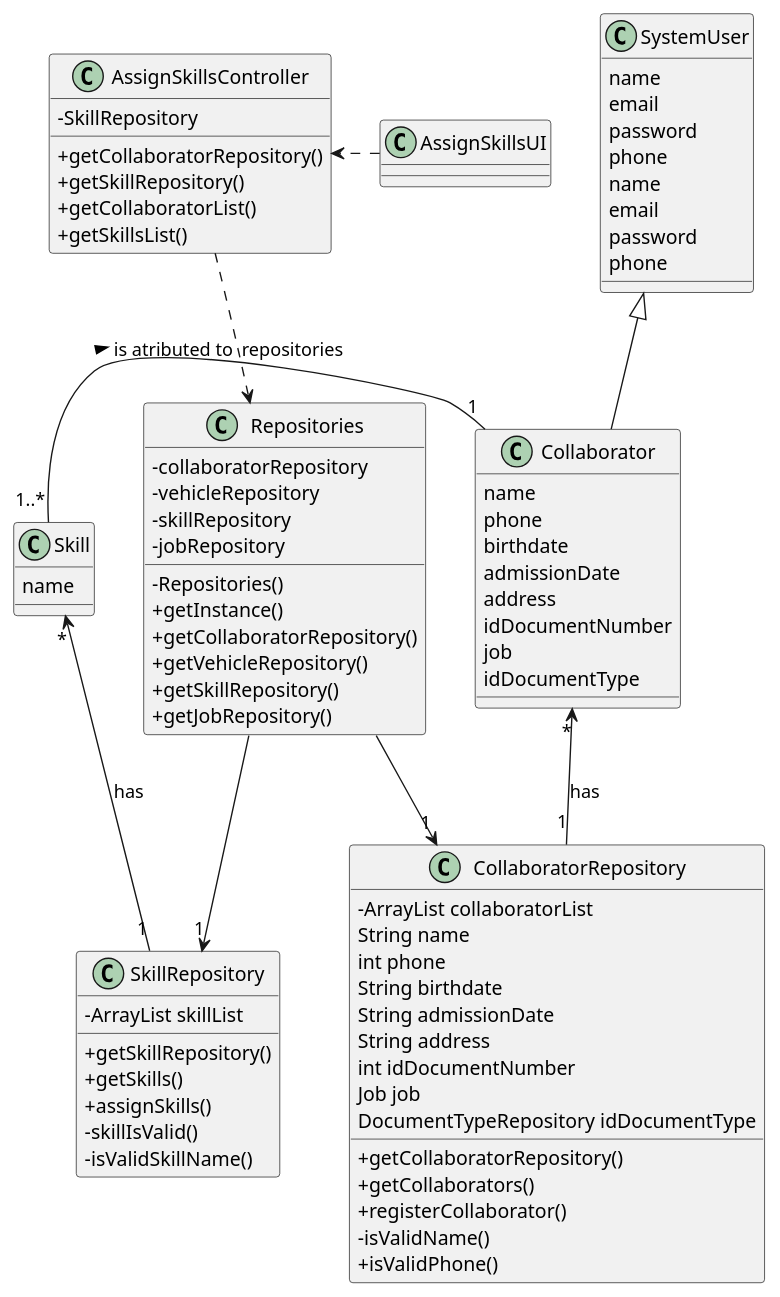
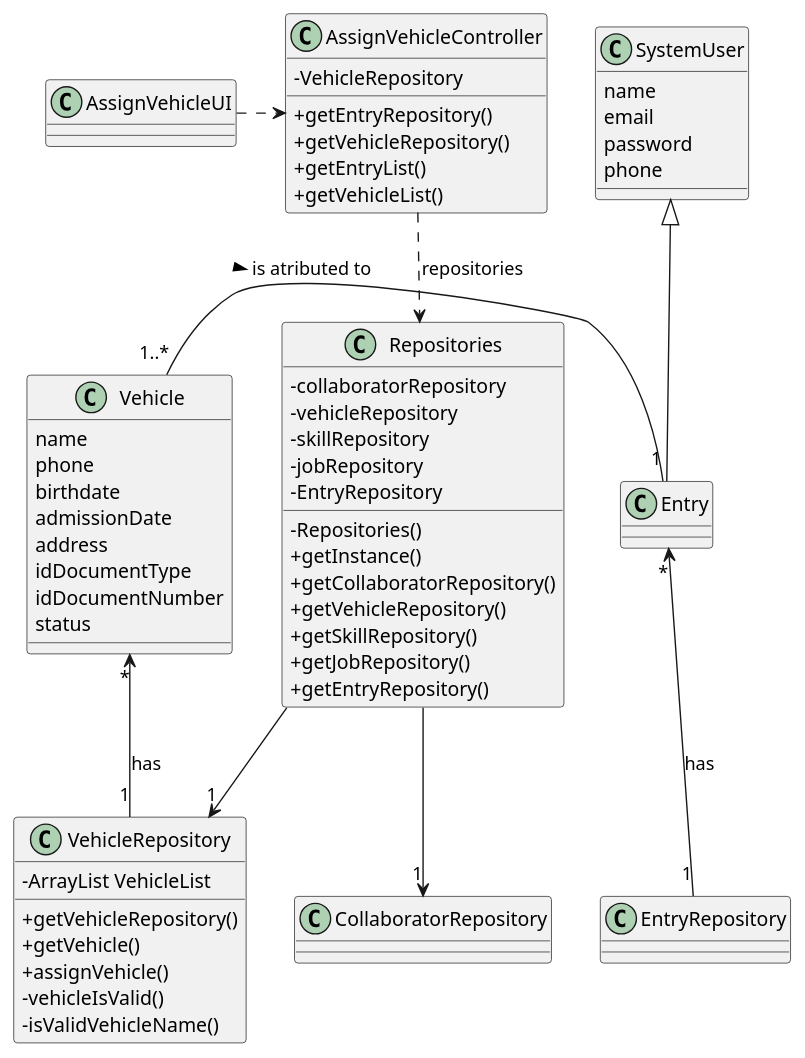
One commit to Departamento-de-Engenharia-Informatica/lei-24-s2-1do-g164 changed the diagram in docs/sprintB/us004/03.design/puml/us004-class-diagram.puml. Above: the diagram before and after it, drawn with PlantUML. The commit also changed 1 other file, not shown here.

```diff
--- a/docs/sprintB/us004/03.design/puml/us004-class-diagram.puml
+++ b/docs/sprintB/us004/03.design/puml/us004-class-diagram.puml
@@ -1,102 +1,78 @@
 @startuml
 skinparam classAttributeIconSize 0
 skinparam monochrome false
 skinparam packageStyle rectangle
 skinparam shadowing false
 skinparam linetype polyline
 skinparam linetype orto
 
 
 class SystemUser {
     name
     email
     password
     phone
 }
 
-class CollaboratorRepository {
-    - ArrayList collaboratorList
-    String name
-    int phone
-    String birthdate
-    String admissionDate
-    String address
-    int idDocumentNumber
-    Job job
-    DocumentTypeRepository idDocumentType
-    + getCollaboratorRepository()
-    + getCollaborators()
-    + registerCollaborator()
-    - isValidName()
-    + isValidPhone()
-}
-class Collaborator{
-name
-phone
-birthdate
-admissionDate
-address
-idDocumentNumber
-job
-idDocumentType
+class EntryRepository {
+
+
 }
 
 
 class Repositories {
     - collaboratorRepository
     - vehicleRepository
     - skillRepository
     - jobRepository
-
+    - EntryRepository
     - Repositories()
     + getInstance()
     + getCollaboratorRepository()
     + getVehicleRepository()
     + getSkillRepository()
     + getJobRepository()
-
-}
-class SystemUser {
-    name
-    email
-    password
-    phone
-
-}
-class AssignSkillsController{
--SkillRepository
-+getCollaboratorRepository()
-+getSkillRepository()
-+getCollaboratorList()
-+getSkillsList()
+    + getEntryRepository()
 
 }
 
-class AssignSkillsUI{
+class AssignVehicleController{
+-VehicleRepository
++getEntryRepository()
++getVehicleRepository()
++getEntryList()
++getVehicleList()
 
 }
 
 
 
-class SkillRepository {
-    - ArrayList skillList
-    + getSkillRepository()
-    + getSkills()
-    + assignSkills()
-    - skillIsValid()
-    - isValidSkillName()
+class VehicleRepository {
+    - ArrayList VehicleList
+    + getVehicleRepository()
+    + getVehicle()
+    + assignVehicle()
+    - vehicleIsValid()
+    - isValidVehicleName()
 }
 
-class Skill {
-    name
+class Vehicle {
+      name
+      phone
+      birthdate
+      admissionDate
+      address
+      idDocumentType
+      idDocumentNumber
+      status
 }
 Repositories -->"1" CollaboratorRepository
-Repositories -->"1" SkillRepository
-Skill "*" <-- "1" SkillRepository : has
-Collaborator "*" <-- "1" CollaboratorRepository : has
-Skill "1..*" - "1" Collaborator: is atributed to >
-SystemUser <|-- Collaborator
-AssignSkillsUI .> AssignSkillsController
-AssignSkillsController ..> Repositories : repositories
+Repositories -->"1" VehicleRepository
+Vehicle "*" <-- "1" VehicleRepository : has
+Entry "*" <-- "1" EntryRepository : has
+Vehicle "1..*" - "1" Entry: is atributed to >
+SystemUser <|-- Entry
+AssignVehicleUI .> AssignVehicleController
+AssignVehicleController ..> Repositories : repositories
 
 @enduml
```
